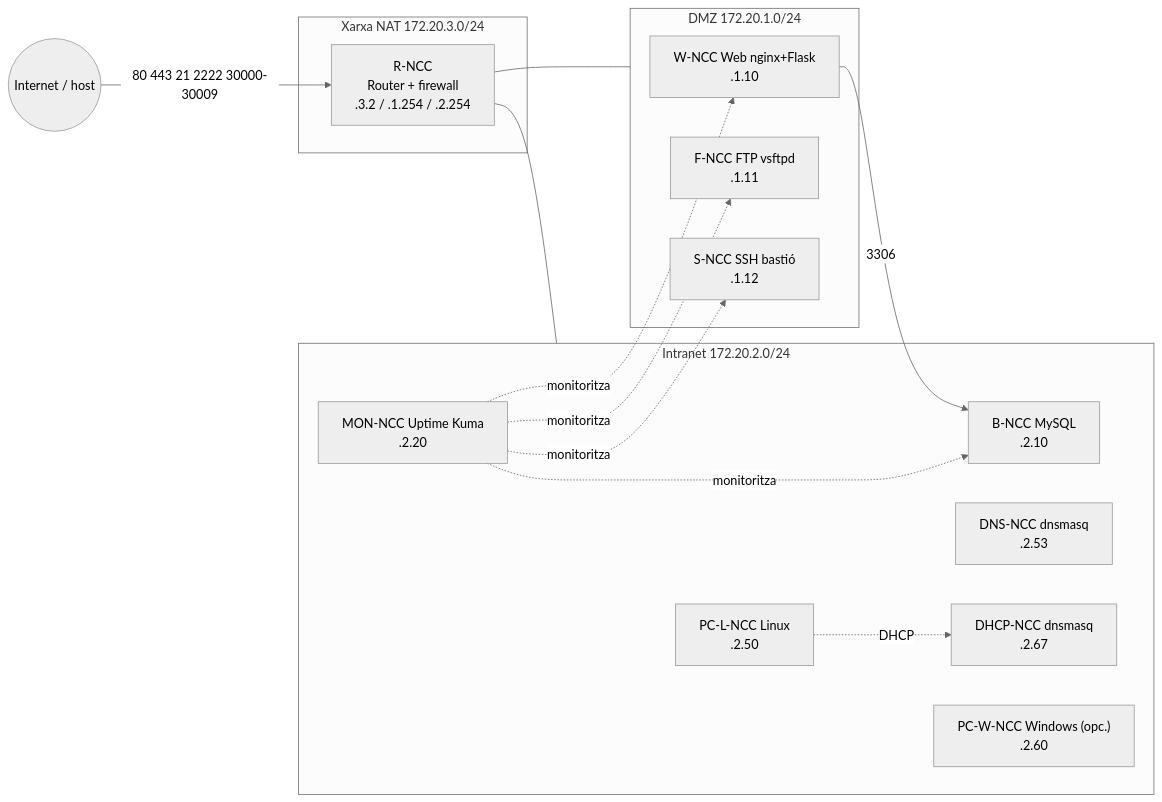
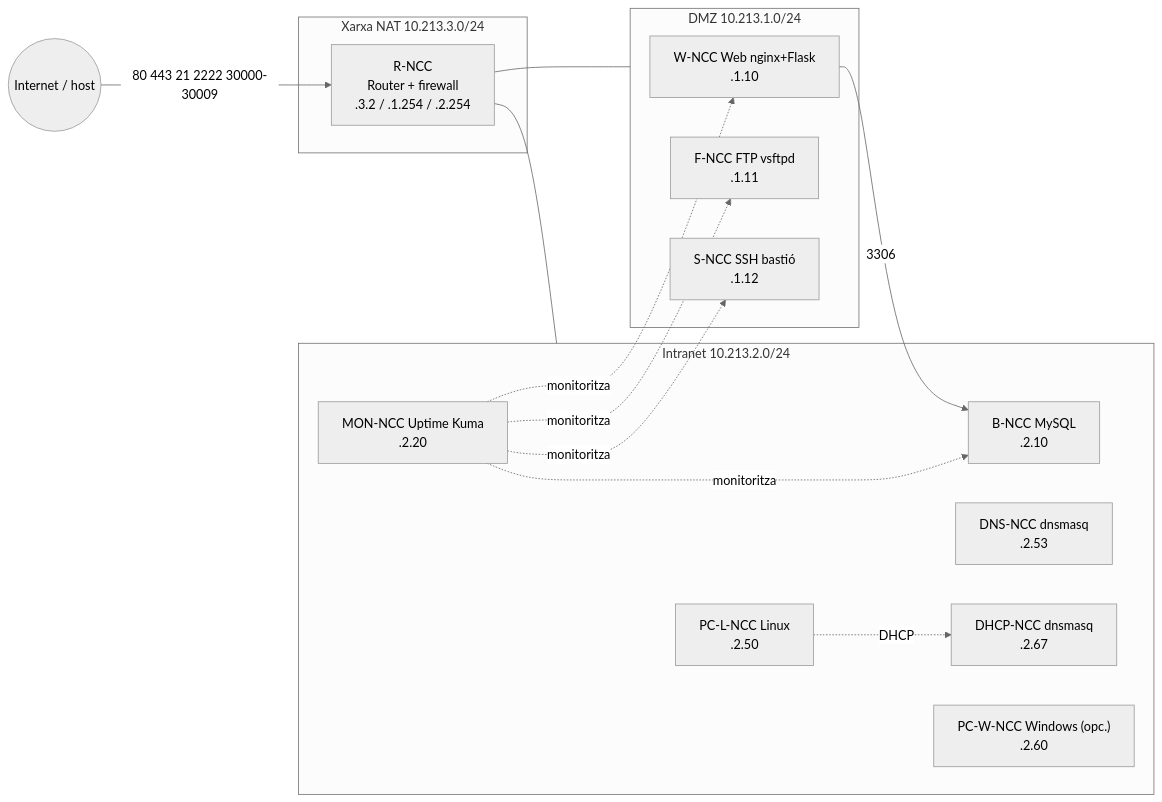
The diagram in docs/01-arquitectura.md (hectormarti7e7/P0.0-ASIXc2B-G06), drawn with Mermaid (neutral theme) before and after one commit. The commit also changed other lines of this file and 20 other files, not shown here.

````diff
--- a/docs/01-arquitectura.md
+++ b/docs/01-arquitectura.md
@@ -7,25 +7,25 @@
 ```mermaid
 flowchart LR
   NET((Internet / host)) -->|80 443 21 2222 30000-30009| R
-  subgraph NAT["Xarxa NAT 172.20.3.0/24"]
+  subgraph NAT["Xarxa NAT 10.213.3.0/24"]
     R["R-NCC<br/>Router + firewall<br/>.3.2 / .1.254 / .2.254"]
   end
-  subgraph DMZ["DMZ 172.20.1.0/24"]
+  subgraph DMZ["DMZ 10.213.1.0/24"]
     W["W-NCC Web nginx+Flask<br/>.1.10"]
     F["F-NCC FTP vsftpd<br/>.1.11"]
     S["S-NCC SSH bastió<br/>.1.12"]
   end
-  subgraph INT["Intranet 172.20.2.0/24"]
+  subgraph INT["Intranet 10.213.2.0/24"]
     B["B-NCC MySQL<br/>.2.10"]
     DNS["DNS-NCC dnsmasq<br/>.2.53"]
     DHCP["DHCP-NCC dnsmasq<br/>.2.67"]
     MON["MON-NCC Uptime Kuma<br/>.2.20"]
     PCL["PC-L-NCC Linux<br/>.2.50"]
     PCW["PC-W-NCC Windows (opc.)<br/>.2.60"]
   end
   R --- DMZ
   R --- INT
   W -->|3306| B
   PCL -. DHCP .-> DHCP
   MON -.->|monitoritza| W & F & B & S
 ```
````
